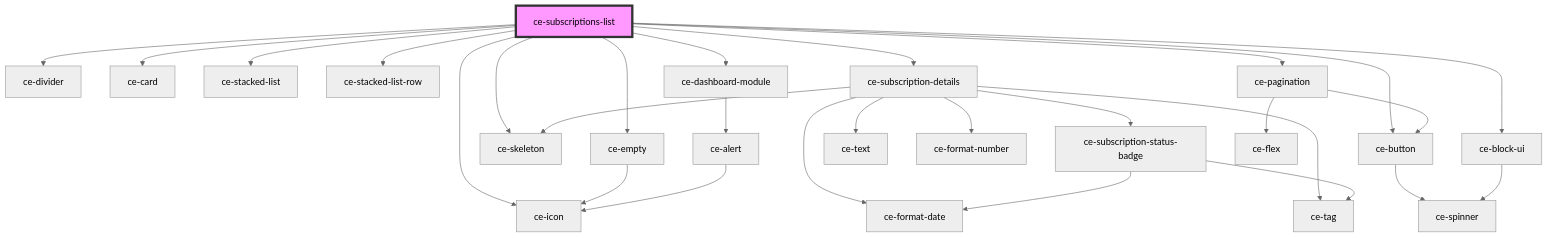
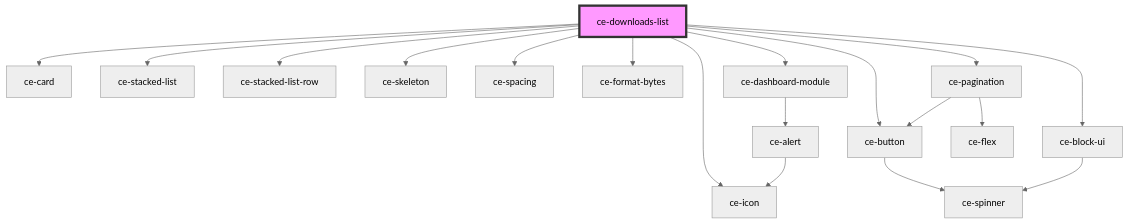
One commit to surecart/surecart-wp-plugin changed the diagram in packages/components/src/components/controllers/dashboard/downloads-list/readme.md. Above: the diagram before and after it, drawn with Mermaid (neutral theme). The commit also changed other lines of this file and 29 other files, not shown here.

````diff
--- a/packages/components/src/components/controllers/dashboard/downloads-list/readme.md
+++ b/packages/components/src/components/controllers/dashboard/downloads-list/readme.md
@@ -36,31 +35,21 @@
 ```mermaid
 graph TD;
-  ce-subscriptions-list --> ce-divider
-  ce-subscriptions-list --> ce-empty
-  ce-subscriptions-list --> ce-card
-  ce-subscriptions-list --> ce-stacked-list
-  ce-subscriptions-list --> ce-stacked-list-row
-  ce-subscriptions-list --> ce-skeleton
-  ce-subscriptions-list --> ce-subscription-details
-  ce-subscriptions-list --> ce-icon
-  ce-subscriptions-list --> ce-dashboard-module
-  ce-subscriptions-list --> ce-button
-  ce-subscriptions-list --> ce-pagination
-  ce-subscriptions-list --> ce-block-ui
-  ce-empty --> ce-icon
-  ce-subscription-details --> ce-subscription-status-badge
-  ce-subscription-details --> ce-format-date
-  ce-subscription-details --> ce-skeleton
-  ce-subscription-details --> ce-text
-  ce-subscription-details --> ce-tag
-  ce-subscription-details --> ce-format-number
-  ce-subscription-status-badge --> ce-format-date
-  ce-subscription-status-badge --> ce-tag
+  ce-downloads-list --> ce-card
+  ce-downloads-list --> ce-stacked-list
+  ce-downloads-list --> ce-stacked-list-row
+  ce-downloads-list --> ce-skeleton
+  ce-downloads-list --> ce-spacing
+  ce-downloads-list --> ce-format-bytes
+  ce-downloads-list --> ce-icon
+  ce-downloads-list --> ce-dashboard-module
+  ce-downloads-list --> ce-button
+  ce-downloads-list --> ce-pagination
+  ce-downloads-list --> ce-block-ui
   ce-dashboard-module --> ce-alert
   ce-alert --> ce-icon
   ce-button --> ce-spinner
   ce-pagination --> ce-flex
   ce-pagination --> ce-button
   ce-block-ui --> ce-spinner
-  style ce-subscriptions-list fill:#f9f,stroke:#333,stroke-width:4px
+  style ce-downloads-list fill:#f9f,stroke:#333,stroke-width:4px
 ```
````
